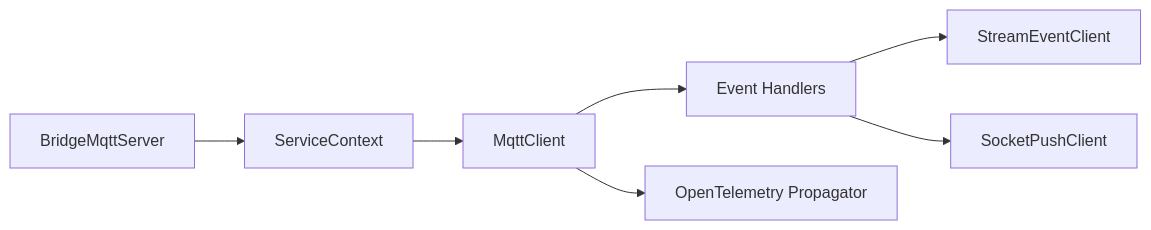
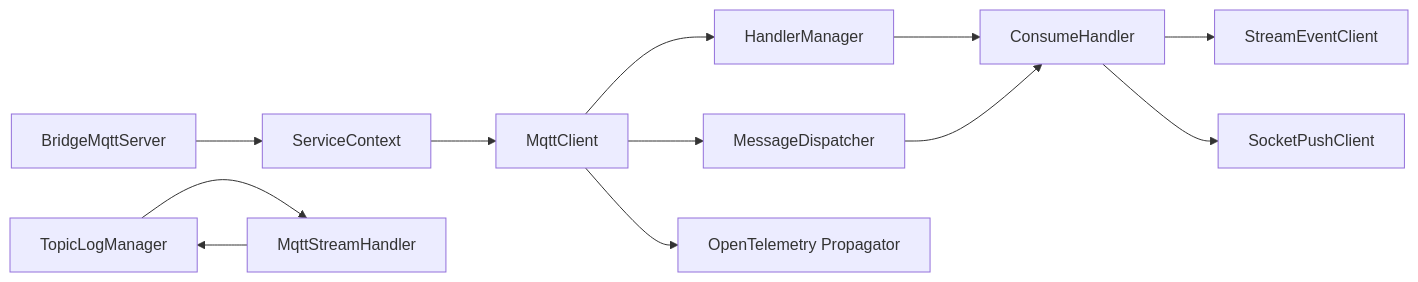
The ninth of 9 diagrams in .qoder/repowiki/zh/content/核心服务详解/MQTT 协议桥接服务/MQTT 协议桥接服务.md (maomao94/zero-service), drawn with Mermaid before and after one commit. The commit also changed other lines of this file and 59 other files, not shown here.

````diff
--- a/.qoder/repowiki/zh/content/核心服务详解/MQTT 协议桥接服务/MQTT 协议桥接服务.md
+++ b/.qoder/repowiki/zh/content/核心服务详解/MQTT 协议桥接服务/MQTT 协议桥接服务.md
@@ -310,9 +436,14 @@
 ```mermaid
 graph LR
 BR["BridgeMqttServer"] --> SC["ServiceContext"]
 SC --> MC["MqttClient"]
-MC --> EH["Event Handlers"]
-EH --> SE["StreamEventClient"]
-EH --> SP["SocketPushClient"]
+MC --> HM["HandlerManager"]
+MC --> MD["MessageDispatcher"]
+HM --> CH["ConsumeHandler"]
+MD --> CH
+CH --> SE["StreamEventClient"]
+CH --> SP["SocketPushClient"]
 MC --> OT["OpenTelemetry Propagator"]
+TM["TopicLogManager"] --> HND["MqttStreamHandler"]
+HND --> TM
 ```
````
